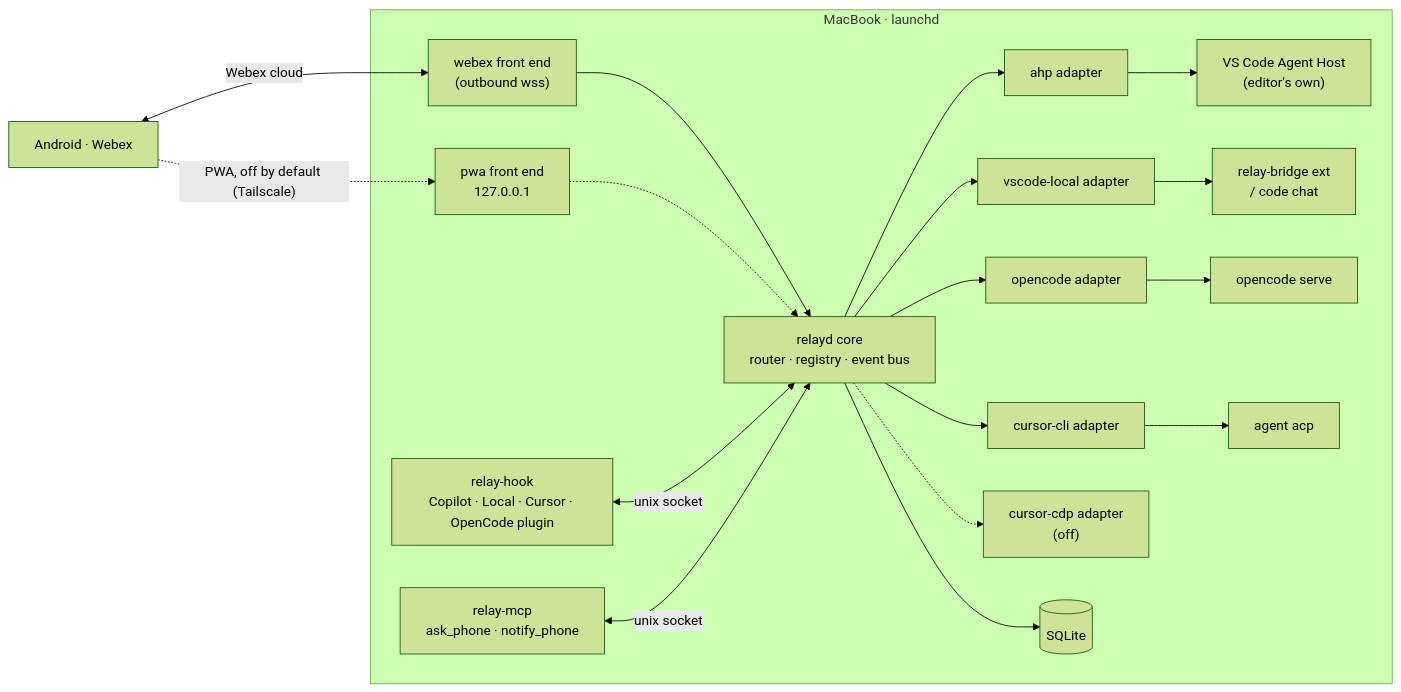
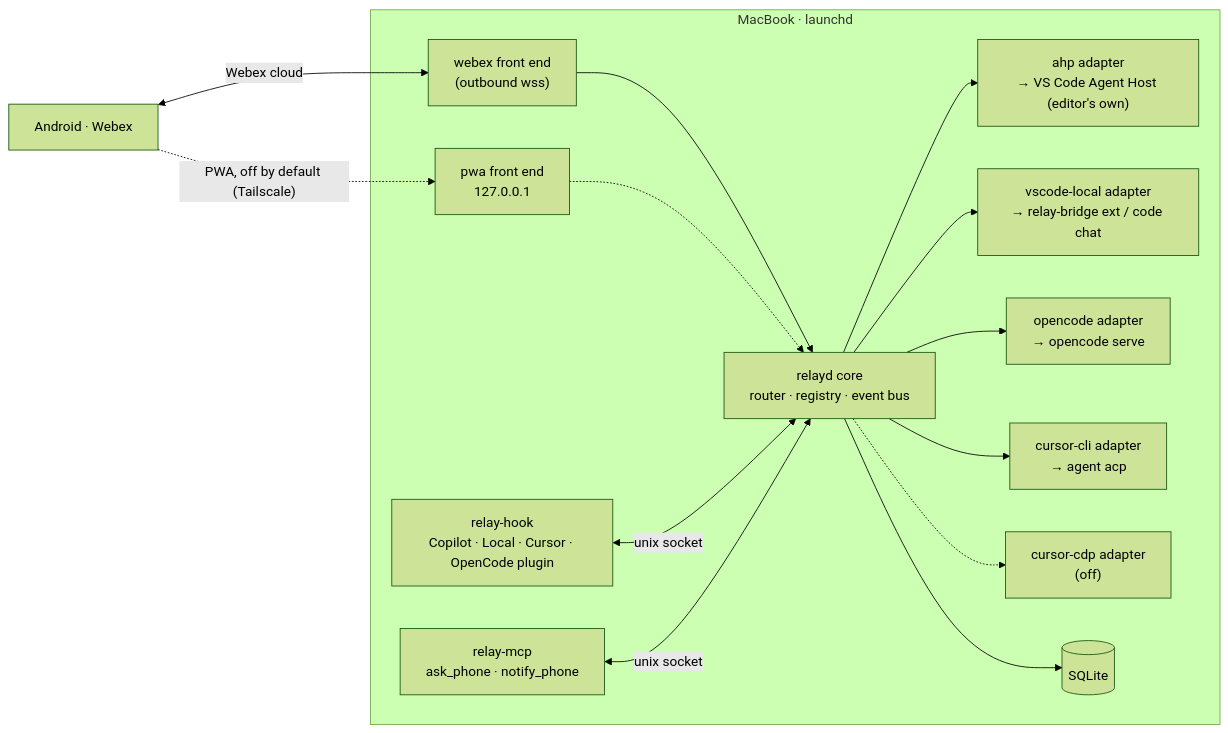
The first of 3 diagrams in docs/PLAN.md (cyberquill/agent-relay), drawn with Mermaid (forest theme) before and after one commit. The commit also changed other lines of this file and 14 other files, not shown here.

Commit message:
docs: overhaul docs — tables and mermaid over prose, new guide structure, expanded deviations

````diff
--- a/docs/PLAN.md
+++ b/docs/PLAN.md
@@ -177,17 +167,17 @@
 ```mermaid
 flowchart LR
   P["Android · Webex"] <-->|"Webex cloud"| WX
   P -. "PWA, off by default (Tailscale)" .-> PWA
   subgraph MAC["MacBook · launchd"]
     WX["webex front end<br/>(outbound wss)"] --> CORE["relayd core<br/>router · registry · event bus"]
     PWA["pwa front end<br/>127.0.0.1"] -.-> CORE
-    CORE --> AHP["ahp adapter"] --> AH["VS Code Agent Host<br/>(editor's own)"]
-    CORE --> VSL["vscode-local adapter"] --> EXT["relay-bridge ext<br/>/ code chat"]
-    CORE --> OC["opencode adapter"] --> OCS["opencode serve"]
-    CORE --> ACP["cursor-cli adapter"] --> CA["agent acp"]
+    CORE --> AHP["ahp adapter<br/>→ VS Code Agent Host (editor's own)"]
+    CORE --> VSL["vscode-local adapter<br/>→ relay-bridge ext / code chat"]
+    CORE --> OC["opencode adapter<br/>→ opencode serve"]
+    CORE --> ACP["cursor-cli adapter<br/>→ agent acp"]
     CORE -.-> CDP["cursor-cdp adapter<br/>(off)"]
     HK["relay-hook<br/>Copilot · Local · Cursor · OpenCode plugin"] <-->|"unix socket"| CORE
     MCP["relay-mcp<br/>ask_phone · notify_phone"] <-->|"unix socket"| CORE
     CORE --> DB[("SQLite")]
   end
 ```
````
